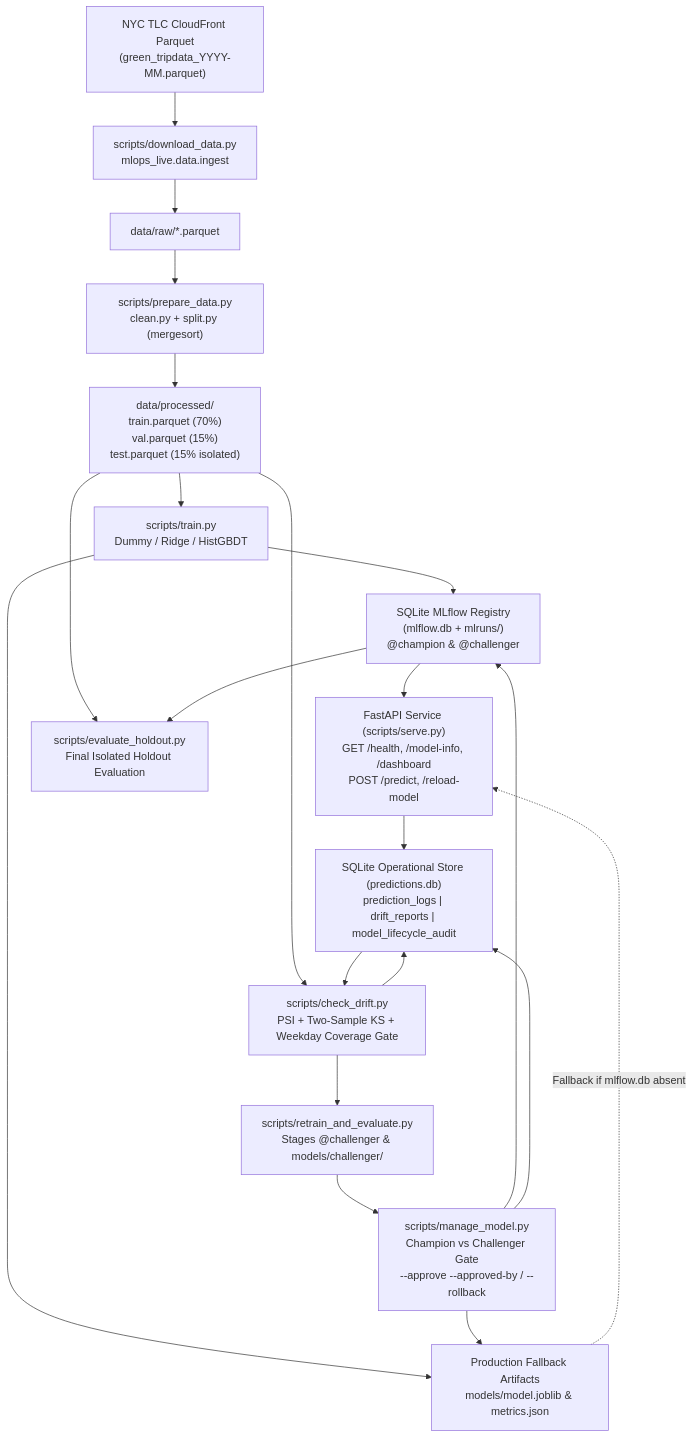
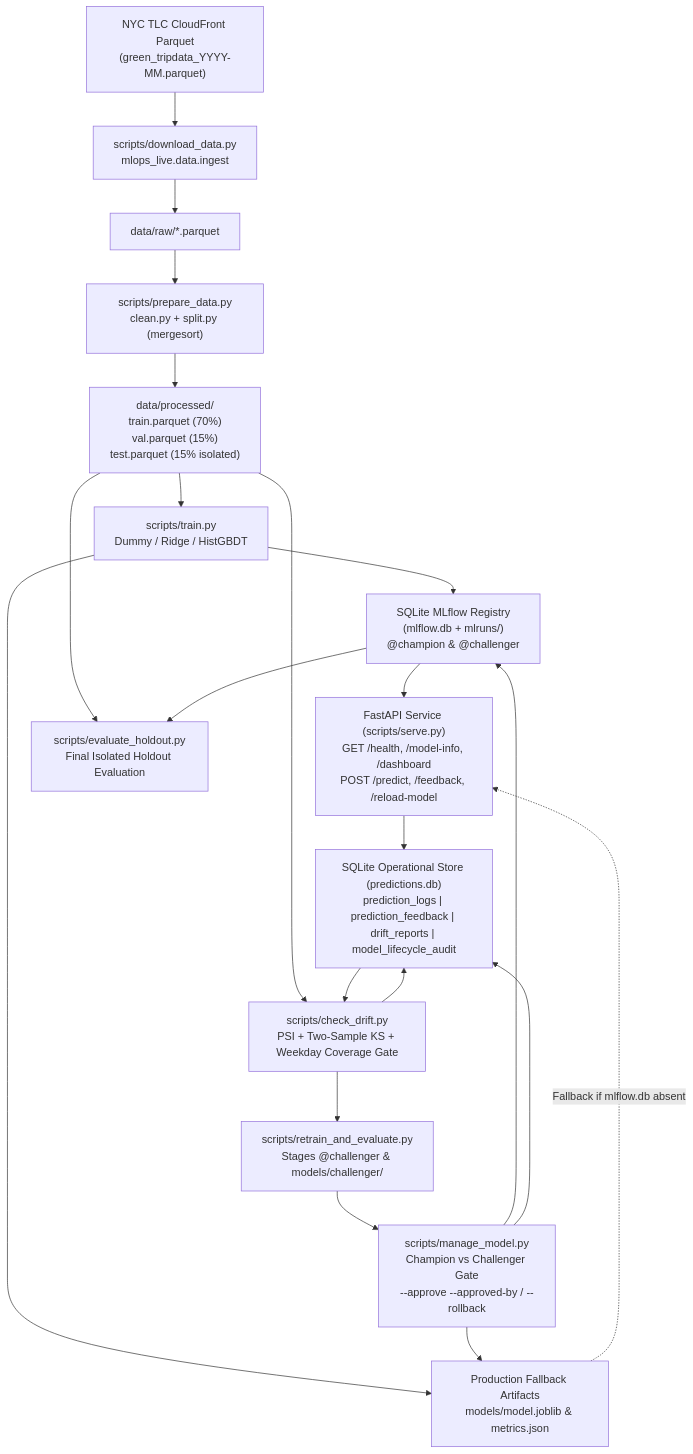
One commit to najahaja/mlops-live changed the diagram in README.md. Above: the diagram before and after it, drawn with Mermaid. The commit also changed other lines of this file and 6 other files, not shown here.

````diff
--- a/README.md
+++ b/README.md
@@ -12,28 +12,28 @@
 ```mermaid
 flowchart TD
     TLC["NYC TLC CloudFront Parquet<br/>(green_tripdata_YYYY-MM.parquet)"] --> Ingest["scripts/download_data.py<br/>mlops_live.data.ingest"]
     Ingest --> Raw["data/raw/*.parquet"]
     Raw --> Prepare["scripts/prepare_data.py<br/>clean.py + split.py (mergesort)"]
     Prepare --> Splits["data/processed/<br/>train.parquet (70%)<br/>val.parquet (15%)<br/>test.parquet (15% isolated)"]
 
     Splits --> Train["scripts/train.py<br/>Dummy / Ridge / HistGBDT"]
     Train --> Registry["SQLite MLflow Registry<br/>(mlflow.db + mlruns/)<br/>@champion & @challenger"]
     Train --> ProdArtifacts["Production Fallback Artifacts<br/>models/model.joblib & metrics.json"]
 
-    Registry --> Serve["FastAPI Service (scripts/serve.py)<br/>GET /health, /model-info, /dashboard<br/>POST /predict, /reload-model"]
+    Registry --> Serve["FastAPI Service (scripts/serve.py)<br/>GET /health, /model-info, /dashboard<br/>POST /predict, /feedback, /reload-model"]
     ProdArtifacts -. "Fallback if mlflow.db absent" .-> Serve
-    Serve --> PredDB["SQLite Operational Store (predictions.db)<br/>prediction_logs | drift_reports | model_lifecycle_audit"]
+    Serve --> PredDB["SQLite Operational Store (predictions.db)<br/>prediction_logs | prediction_feedback | drift_reports | model_lifecycle_audit"]
 
     Splits --> Drift["scripts/check_drift.py<br/>PSI + Two-Sample KS + Weekday Coverage Gate"]
     PredDB --> Drift
     Drift --> PredDB
 
     Drift --> Retrain["scripts/retrain_and_evaluate.py<br/>Stages @challenger & models/challenger/"]
     Retrain --> Gate["scripts/manage_model.py<br/>Champion vs Challenger Gate<br/>--approve --approved-by / --rollback"]
     Gate --> Registry
     Gate --> ProdArtifacts
     Gate --> PredDB
 
     Splits --> Holdout["scripts/evaluate_holdout.py<br/>Final Isolated Holdout Evaluation"]
     Registry --> Holdout
 ```
````
